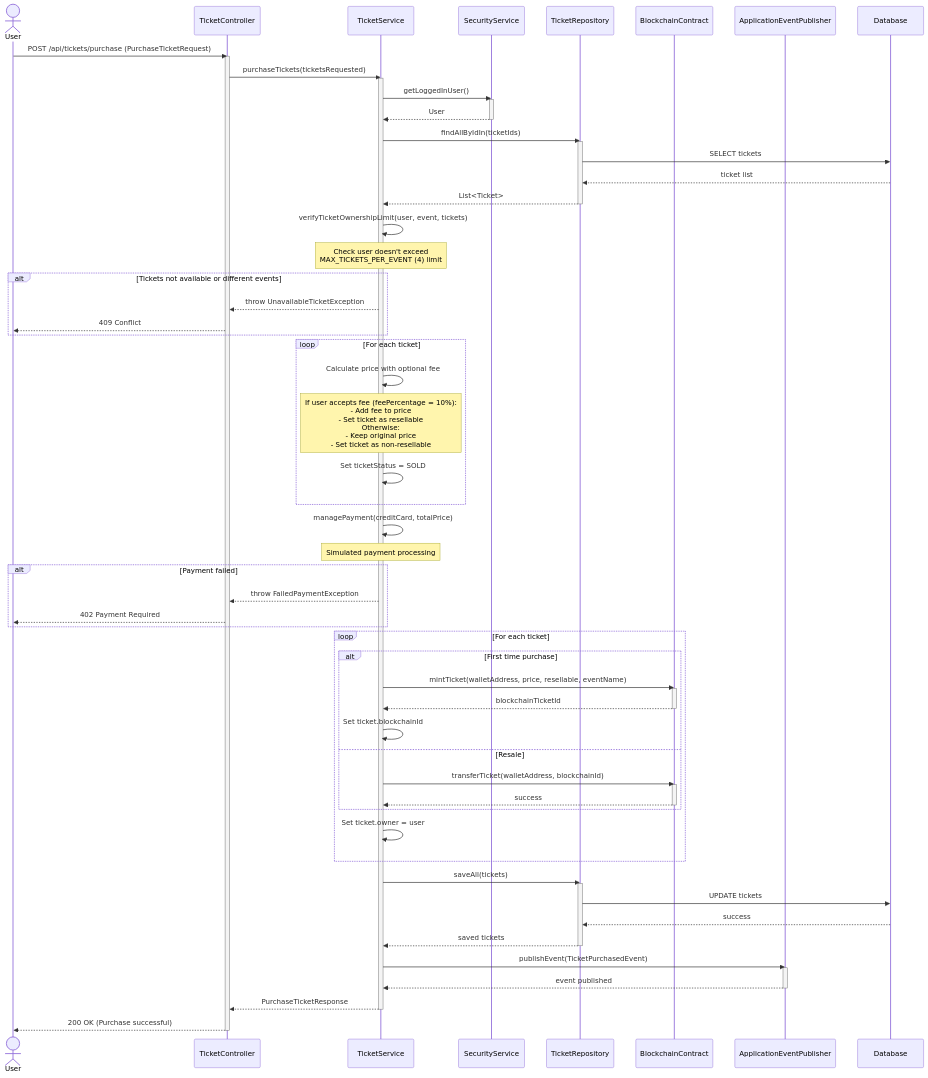
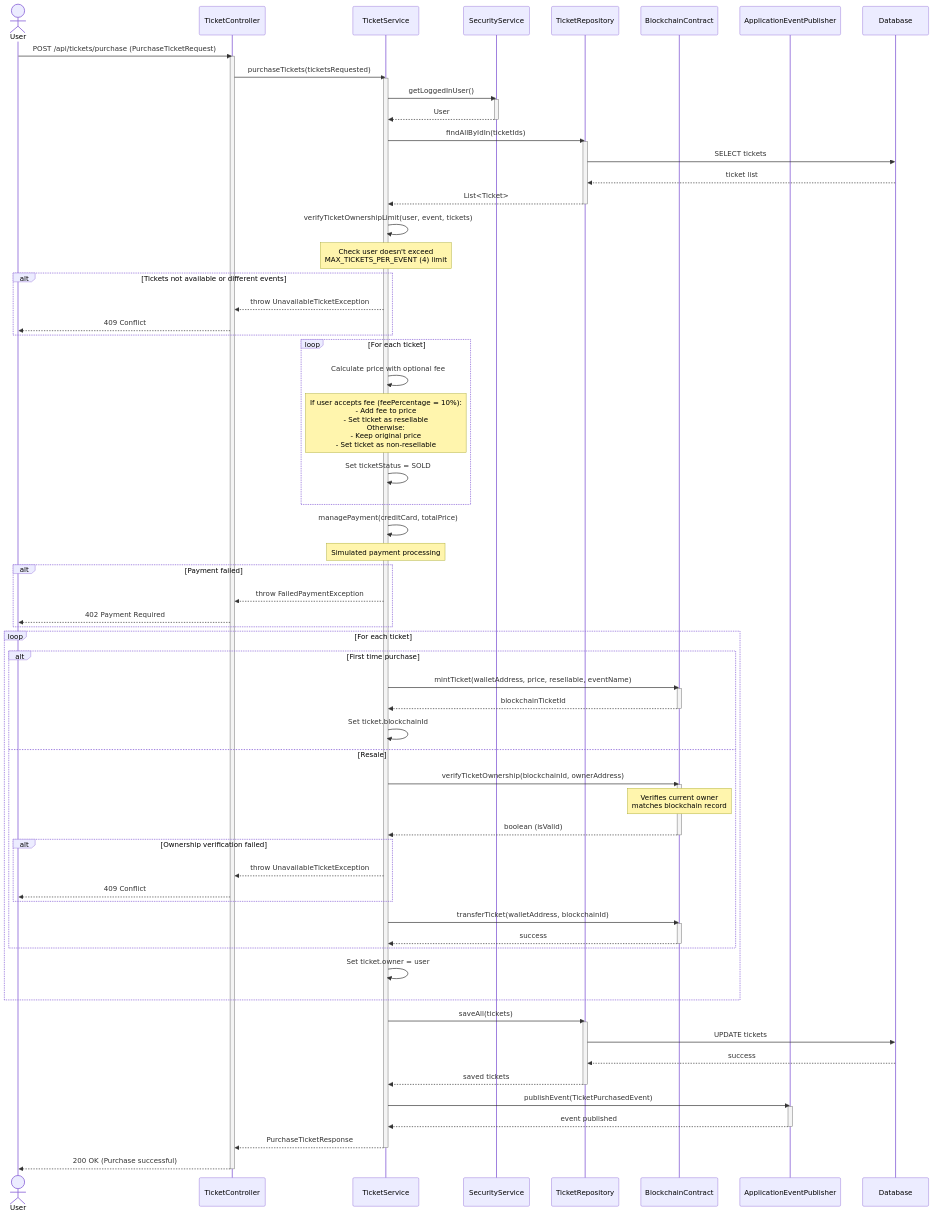
One commit to s-lusito/TicketBlock-Ing_Sw changed the diagram in docs/sequence-ticket-purchase.md. Above: the diagram before and after it, drawn with Mermaid. The commit also changed 5 other files, not shown here.

Commit message:
Update UML diagrams to reflect blockchain verification changes from main

```diff
--- a/docs/sequence-ticket-purchase.md
+++ b/docs/sequence-ticket-purchase.md
@@ -61,6 +61,17 @@
             deactivate TicketContract
             Service->>Service: Set ticket.blockchainId
         else Resale
+            Service->>TicketContract: verifyTicketOwnership(blockchainId, ownerAddress)
+            activate TicketContract
+            Note over TicketContract: Verifies current owner<br/>matches blockchain record
+            TicketContract-->>Service: boolean (isValid)
+            deactivate TicketContract
+            
+            alt Ownership verification failed
+                Service-->>Controller: throw UnavailableTicketException
+                Controller-->>User: 409 Conflict
+            end
+            
             Service->>TicketContract: transferTicket(walletAddress, blockchainId)
             activate TicketContract
             TicketContract-->>Service: success
```
